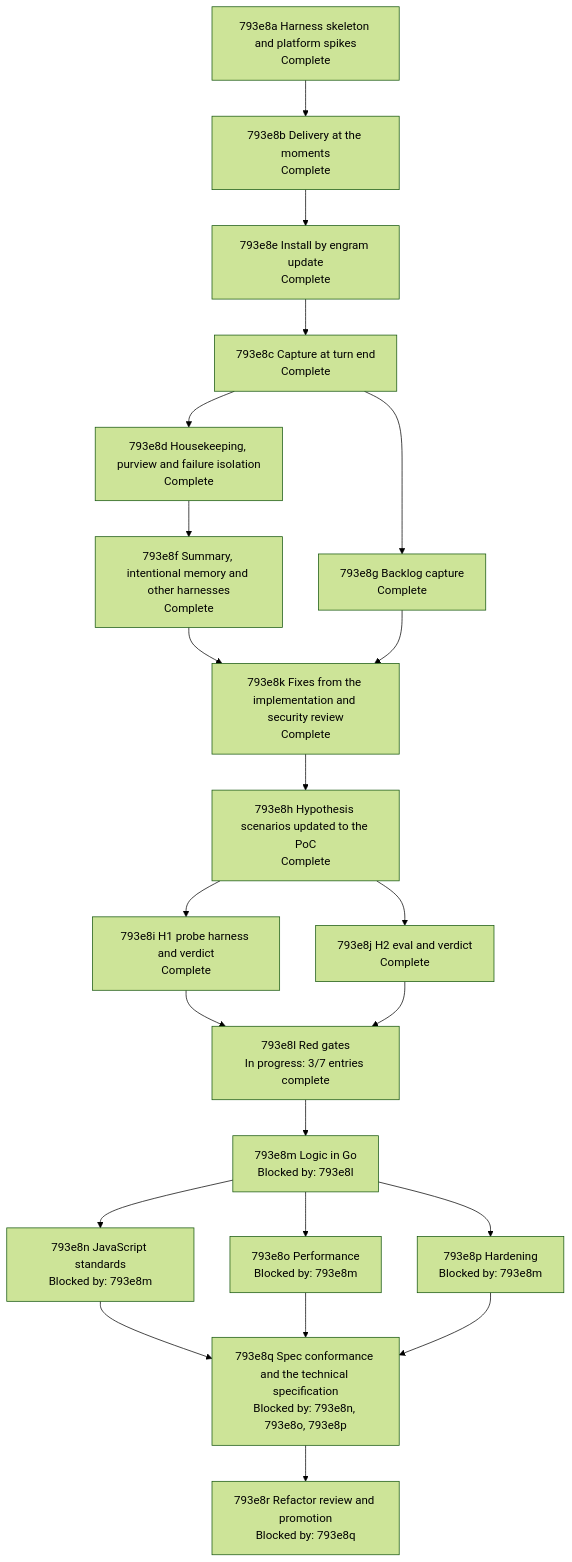
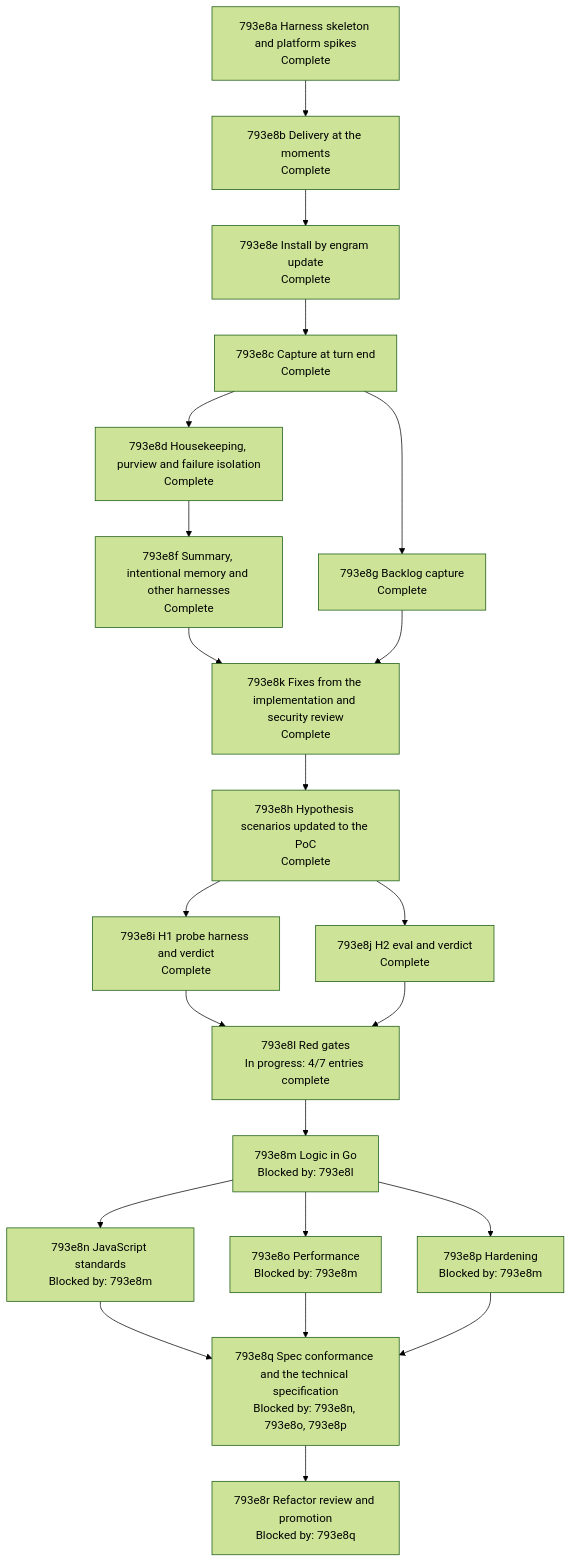
Before and after one commit to toejough/engram: the diagram in docs/changes/793_parallel-memory-agent/793e_implementation-plan.md, drawn with Mermaid (forest theme). The commit also changed other lines of this file and 5 other files, not shown here.

````diff
--- a/docs/changes/793_parallel-memory-agent/793e_implementation-plan.md
+++ b/docs/changes/793_parallel-memory-agent/793e_implementation-plan.md
@@ -219,40 +219,40 @@
 ```mermaid
 flowchart TD
   n793e8a["793e8a Harness skeleton and platform spikes<br/>Complete"]
   n793e8b["793e8b Delivery at the moments<br/>Complete"]
   n793e8e["793e8e Install by engram update<br/>Complete"]
   n793e8c["793e8c Capture at turn end<br/>Complete"]
   n793e8d["793e8d Housekeeping, purview and failure isolation<br/>Complete"]
   n793e8g["793e8g Backlog capture<br/>Complete"]
   n793e8f["793e8f Summary, intentional memory and other harnesses<br/>Complete"]
   n793e8k["793e8k Fixes from the implementation and security review<br/>Complete"]
   n793e8h["793e8h Hypothesis scenarios updated to the PoC<br/>Complete"]
   n793e8i["793e8i H1 probe harness and verdict<br/>Complete"]
   n793e8j["793e8j H2 eval and verdict<br/>Complete"]
-  n793e8l["793e8l Red gates<br/>In progress: 3/7 entries complete"]
+  n793e8l["793e8l Red gates<br/>In progress: 4/7 entries complete"]
   n793e8m["793e8m Logic in Go<br/>Blocked by: 793e8l"]
   n793e8n["793e8n JavaScript standards<br/>Blocked by: 793e8m"]
   n793e8o["793e8o Performance<br/>Blocked by: 793e8m"]
   n793e8p["793e8p Hardening<br/>Blocked by: 793e8m"]
   n793e8q["793e8q Spec conformance and the technical specification<br/>Blocked by: 793e8n, 793e8o, 793e8p"]
   n793e8r["793e8r Refactor review and promotion<br/>Blocked by: 793e8q"]
   n793e8a --> n793e8b --> n793e8e --> n793e8c
   n793e8c --> n793e8d
   n793e8c --> n793e8g
   n793e8d --> n793e8f
   n793e8f --> n793e8k
   n793e8g --> n793e8k
   n793e8k --> n793e8h
   n793e8h --> n793e8i
   n793e8h --> n793e8j
   n793e8i --> n793e8l
   n793e8j --> n793e8l
   n793e8l --> n793e8m
   n793e8m --> n793e8n
   n793e8m --> n793e8o
   n793e8m --> n793e8p
   n793e8n --> n793e8q
   n793e8o --> n793e8q
   n793e8p --> n793e8q
   n793e8q --> n793e8r
 ```
````
